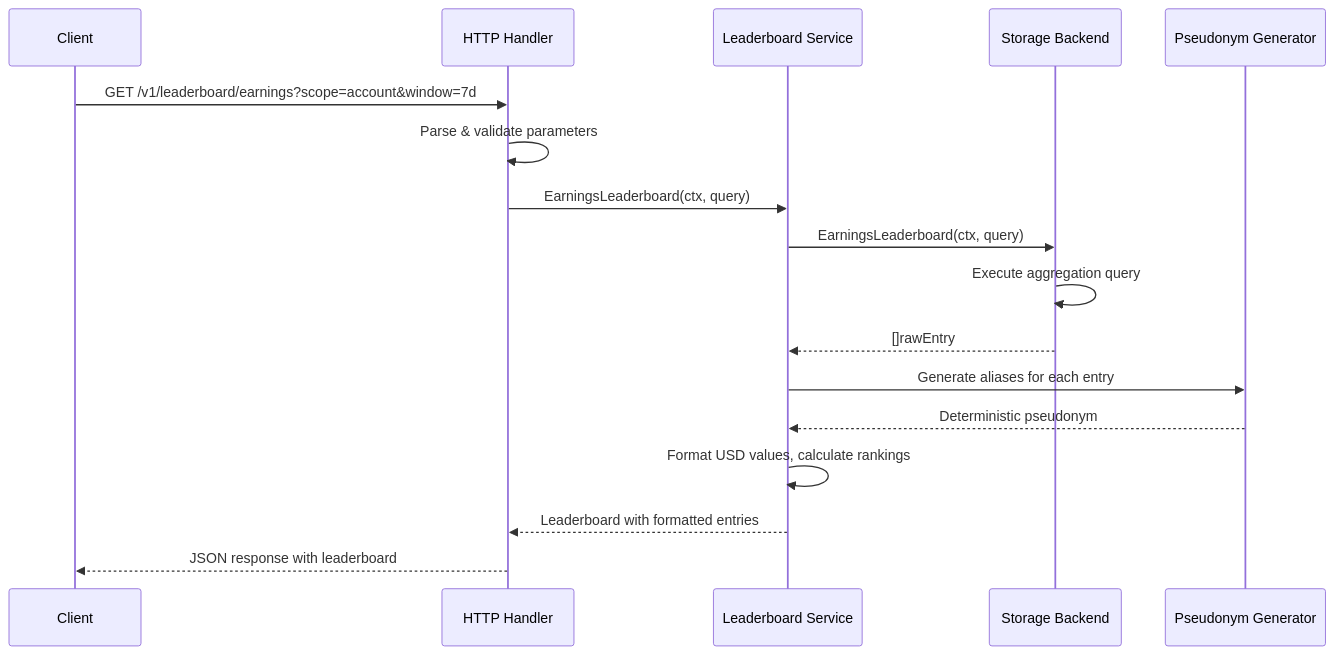
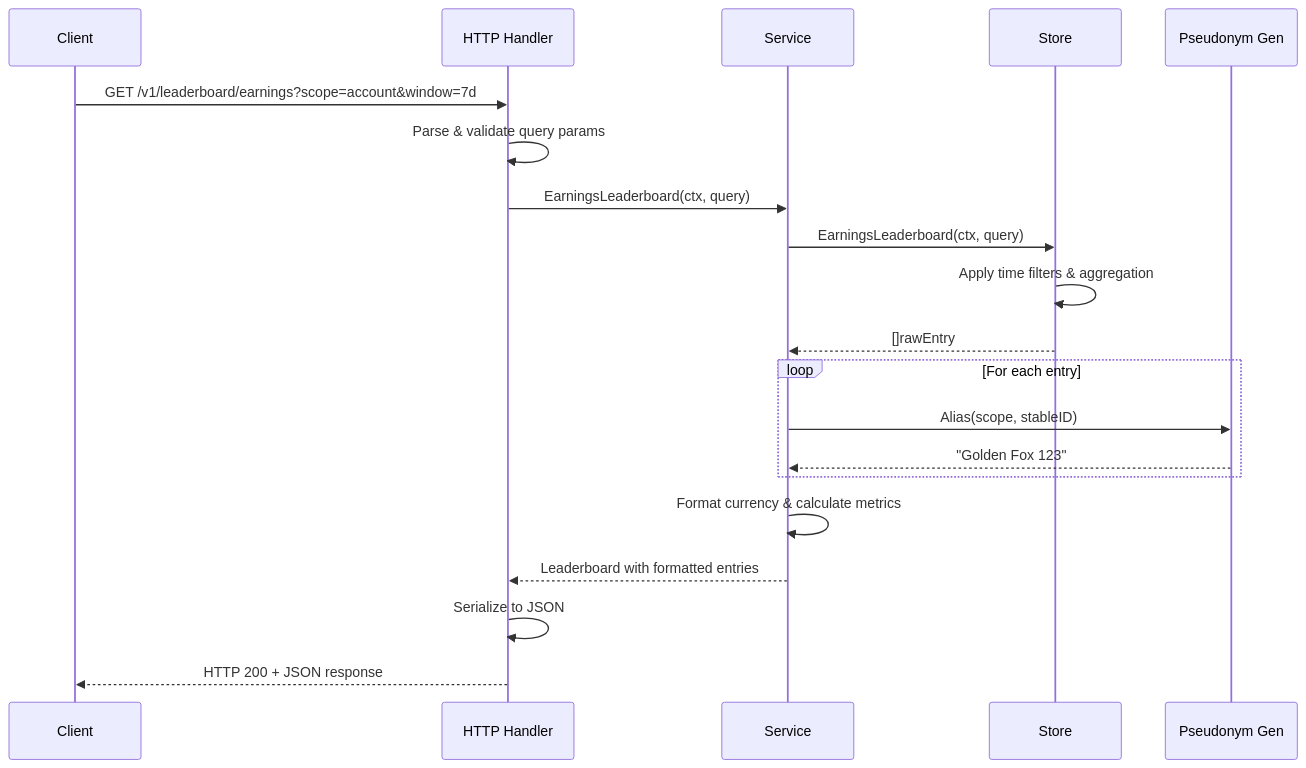
Before and after one commit to researchoors/knowledge-maintenance: the second of 3 diagrams in artifacts/d-inference/service_analyses/analytics.md, drawn with Mermaid. The commit also changed other lines of this file and 23 other files, not shown here.

````diff
--- a/artifacts/d-inference/service_analyses/analytics.md
+++ b/artifacts/d-inference/service_analyses/analytics.md
@@ -89,20 +61,23 @@
 ```mermaid
 sequenceDiagram
-    participant Client
-    participant Handler as HTTP Handler
-    participant Service as Leaderboard Service
-    participant Store as Storage Backend
-    participant Aliaser as Pseudonym Generator
+    participant C as Client
+    participant H as HTTP Handler
+    participant S as Service
+    participant ST as Store
+    participant P as Pseudonym Gen
     
-    Client->>Handler: GET /v1/leaderboard/earnings?scope=account&window=7d
-    Handler->>Handler: Parse & validate parameters
-    Handler->>Service: EarningsLeaderboard(ctx, query)
-    Service->>Store: EarningsLeaderboard(ctx, query)
-    Store->>Store: Execute aggregation query
-    Store-->>Service: []rawEntry
-    Service->>Aliaser: Generate aliases for each entry
-    Aliaser-->>Service: Deterministic pseudonym
-    Service->>Service: Format USD values, calculate rankings
-    Service-->>Handler: Leaderboard with formatted entries
-    Handler-->>Client: JSON response with leaderboard
+    C->>H: GET /v1/leaderboard/earnings?scope=account&window=7d
+    H->>H: Parse & validate query params
+    H->>S: EarningsLeaderboard(ctx, query)
+    S->>ST: EarningsLeaderboard(ctx, query)
+    ST->>ST: Apply time filters & aggregation
+    ST-->>S: []rawEntry
+    loop For each entry
+        S->>P: Alias(scope, stableID)
+        P-->>S: "Golden Fox 123"
+    end
+    S->>S: Format currency & calculate metrics
+    S-->>H: Leaderboard with formatted entries
+    H->>H: Serialize to JSON
+    H-->>C: HTTP 200 + JSON response
 ```
````
